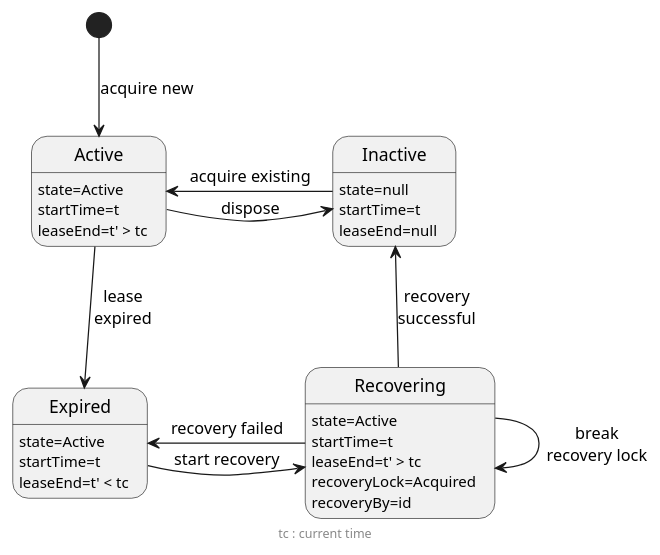
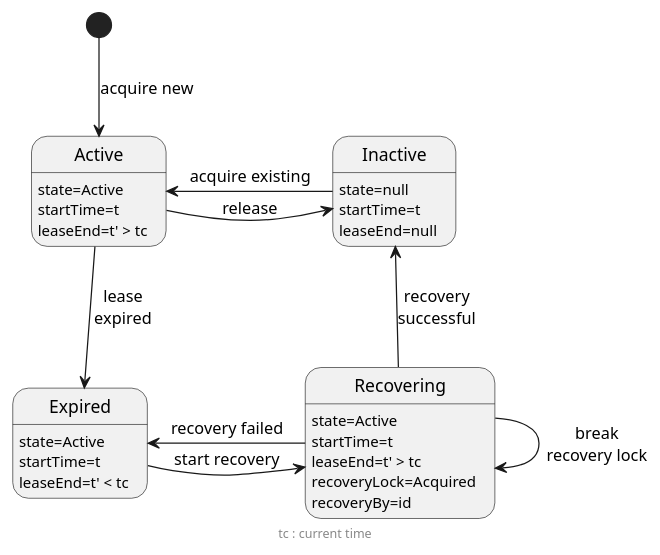
One commit to mreutegg/jackrabbit-oak changed the diagram in oak-doc/src/site/markdown/nodestore/document/cluster-node-lease.puml. Above: the diagram before and after it, drawn with PlantUML. The commit also changed 2 other files, not shown here.

```diff
--- a/oak-doc/src/site/markdown/nodestore/document/cluster-node-lease.puml
+++ b/oak-doc/src/site/markdown/nodestore/document/cluster-node-lease.puml
@@ -17,29 +17,29 @@
 @startuml
 [*] --> Active : acquire new
 Active : state=Active
 Active : startTime=t
 Active : leaseEnd=t' > tc
-Active -right-> Inactive : dispose
+Active -right-> Inactive : release
 Active -down-> Expired : lease\nexpired
 
 Inactive : state=null
 Inactive : startTime=t
 Inactive : leaseEnd=null
 Inactive -left-> Active : acquire existing
 
 Expired : state=Active
 Expired : startTime=t
 Expired : leaseEnd=t' < tc
 Expired -right-> Recovering : start recovery
 
 Recovering : state=Active
 Recovering : startTime=t
 Recovering : leaseEnd=t' > tc
 Recovering : recoveryLock=Acquired
 Recovering : recoveryBy=id
 Recovering -up-> Inactive : recovery\nsuccessful
 Recovering -left-> Expired : recovery failed
 Recovering -> Recovering : break\nrecovery lock
 
 footer tc : current time
 @enduml
```
